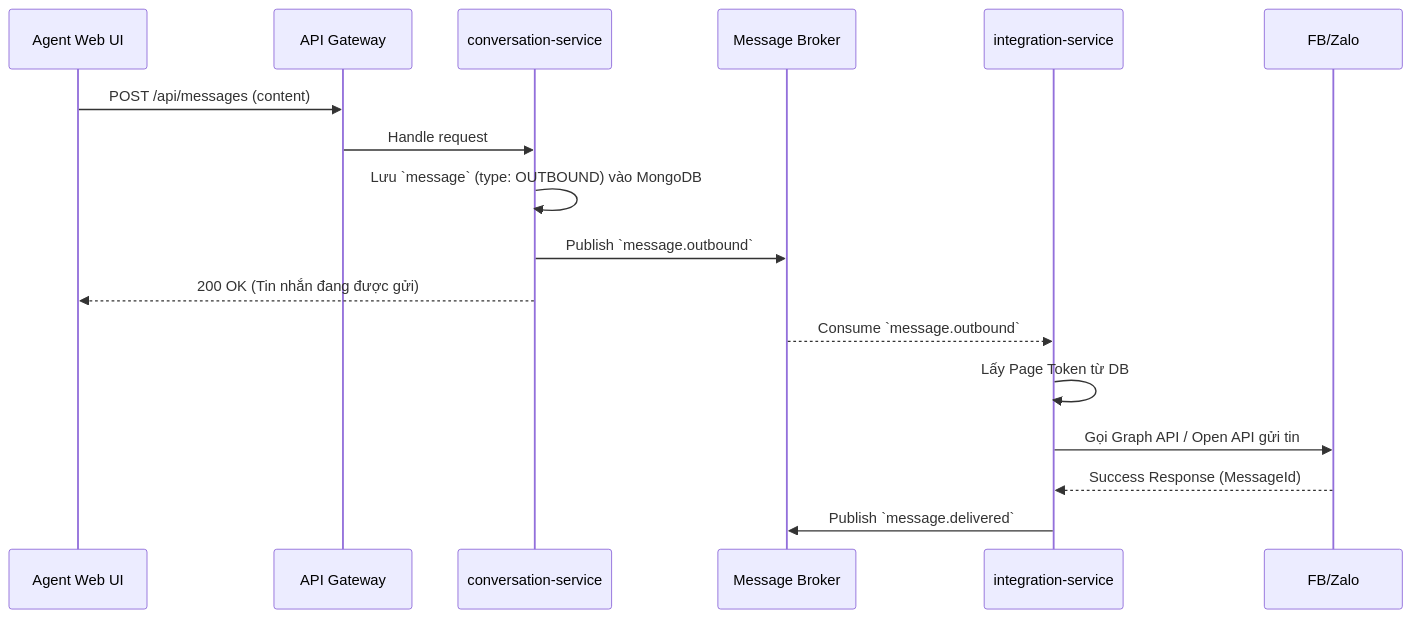
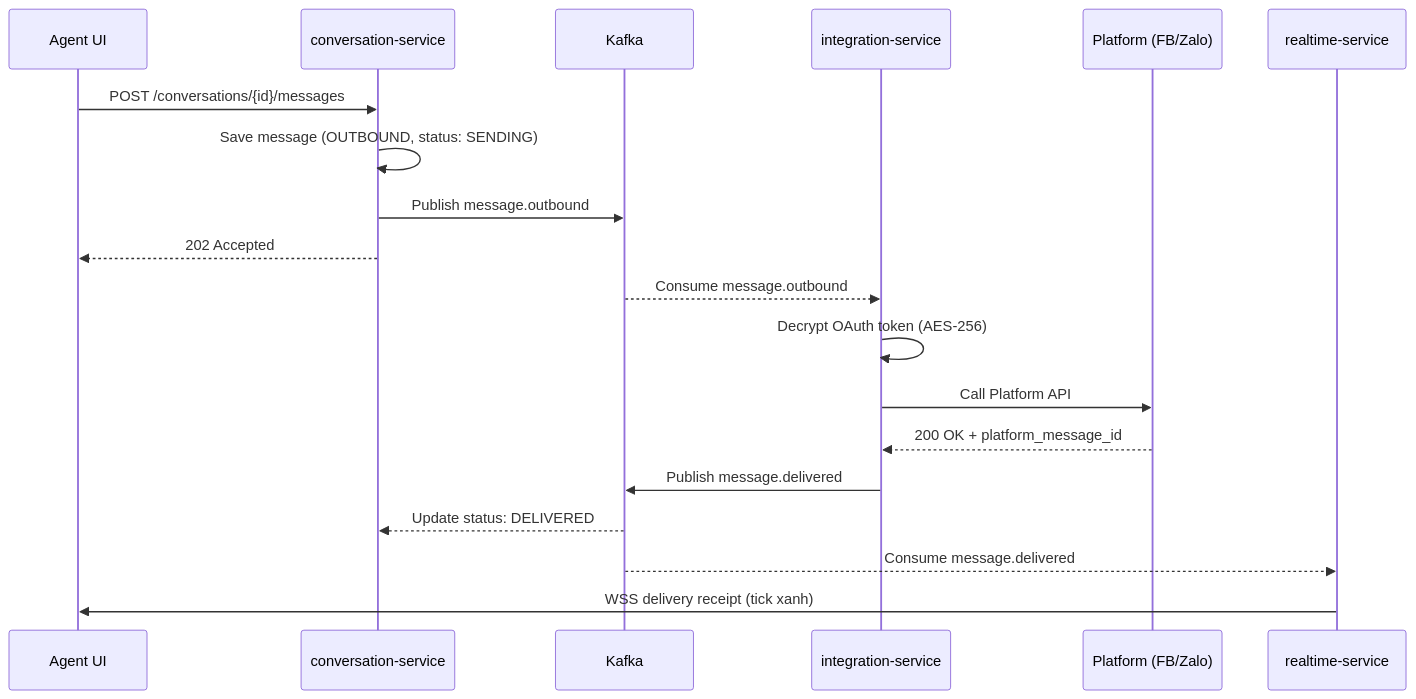
One commit to vutiendat24/omniChat changed the seventh of 10 diagrams in docs/HLD.md. Above: the diagram before and after it, drawn with Mermaid. The commit also changed other lines of this file and 3 other files, not shown here.

Commit message:
docs/realtime-delivery

````diff
--- a/docs/HLD.md
+++ b/docs/HLD.md
@@ -199,21 +441,24 @@
 ```mermaid
 sequenceDiagram
-    participant UI as Agent Web UI
-    participant GW as API Gateway
+    participant UI as Agent UI
     participant CONV as conversation-service
-    participant Kafka as Message Broker
+    participant Kafka as Kafka
     participant INTEG as integration-service
-    participant Platform as FB/Zalo
+    participant P as Platform (FB/Zalo)
+    participant RT as realtime-service
 
-    UI->>GW: POST /api/messages (content)
-    GW->>CONV: Handle request
-    CONV->>CONV: Lưu `message` (type: OUTBOUND) vào MongoDB
-    CONV->>Kafka: Publish `message.outbound`
-    CONV-->>UI: 200 OK (Tin nhắn đang được gửi)
-    
-    Kafka-->>INTEG: Consume `message.outbound`
-    INTEG->>INTEG: Lấy Page Token từ DB
-    INTEG->>Platform: Gọi Graph API / Open API gửi tin
-    Platform-->>INTEG: Success Response (MessageId)
-    INTEG->>Kafka: Publish `message.delivered`
+    UI->>CONV: POST /conversations/{id}/messages
+    CONV->>CONV: Save message (OUTBOUND, status: SENDING)
+    CONV->>Kafka: Publish message.outbound
+    CONV-->>UI: 202 Accepted
+
+    Kafka-->>INTEG: Consume message.outbound
+    INTEG->>INTEG: Decrypt OAuth token (AES-256)
+    INTEG->>P: Call Platform API
+    P-->>INTEG: 200 OK + platform_message_id
+    INTEG->>Kafka: Publish message.delivered
+
+    Kafka-->>CONV: Update status: DELIVERED
+    Kafka-->>RT: Consume message.delivered
+    RT->>UI: WSS delivery receipt (tick xanh)
 ```
````
